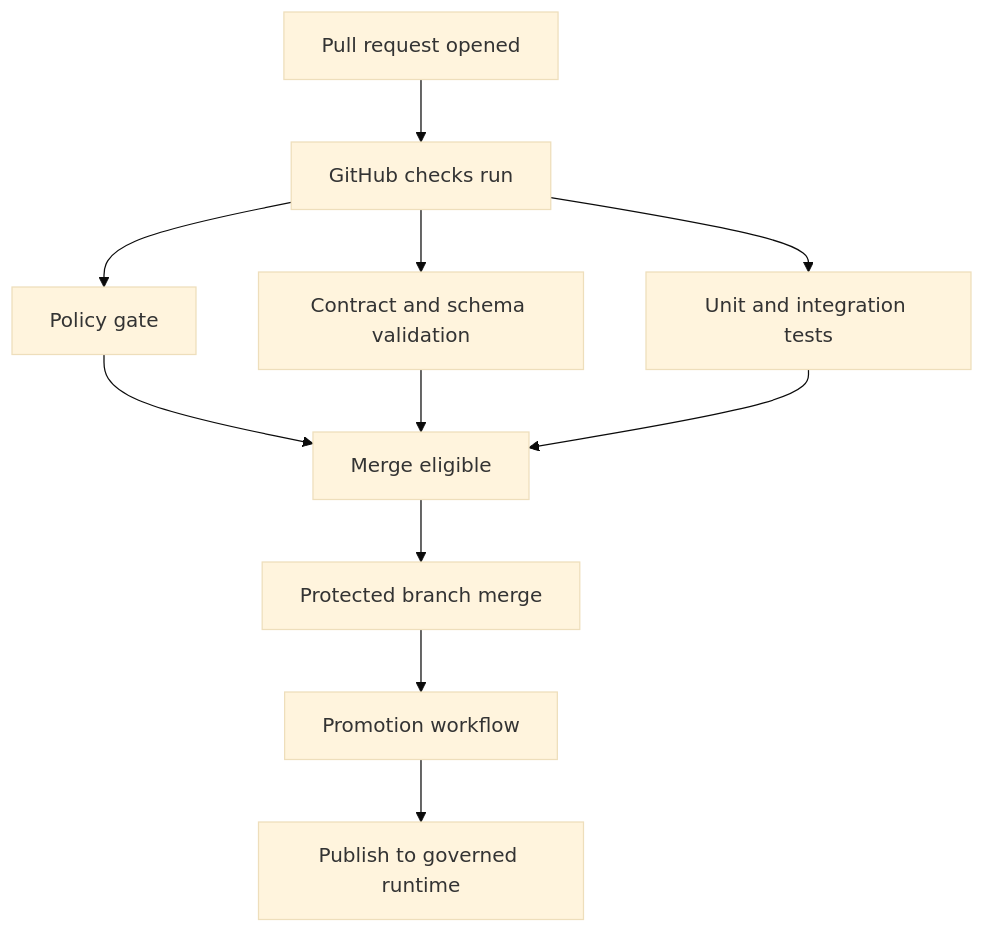
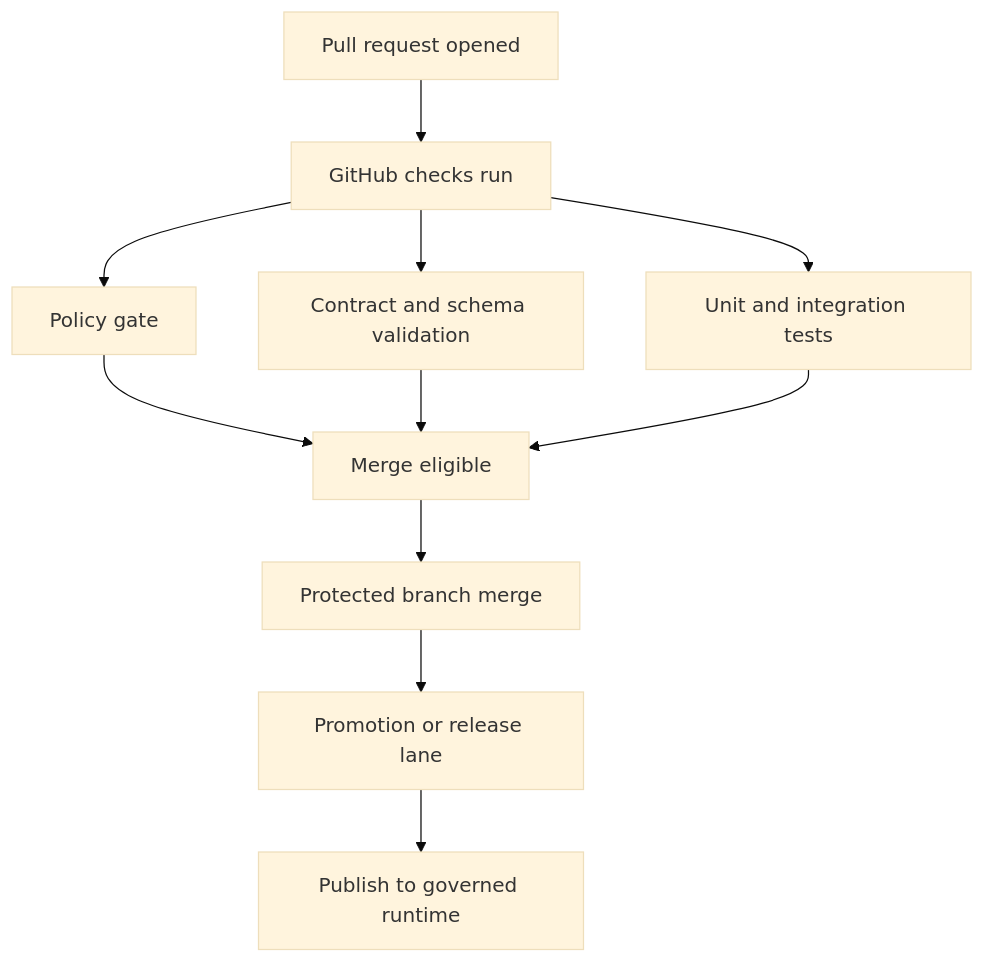
One commit to bartytime4life/Kansas-Frontier-Matrix changed the diagram in .github/README.md. Above: the diagram before and after it, drawn with Mermaid (base theme). The commit also changed other lines of this file, not shown here.

````diff
--- a/.github/README.md
+++ b/.github/README.md
@@ -154,13 +189,13 @@
 ```mermaid
 flowchart TD
   PR[Pull request opened] --> Checks[GitHub checks run]
   Checks --> Policy[Policy gate]
   Checks --> Contracts[Contract and schema validation]
   Checks --> Tests[Unit and integration tests]
   Policy --> Ready[Merge eligible]
   Contracts --> Ready
   Tests --> Ready
   Ready --> Merge[Protected branch merge]
-  Merge --> Promote[Promotion workflow]
+  Merge --> Promote[Promotion or release lane]
   Promote --> Publish[Publish to governed runtime]
 ```
````
